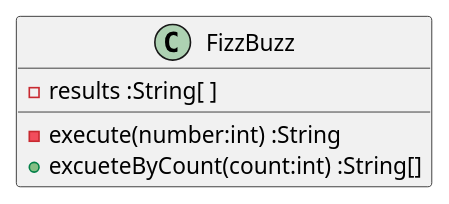
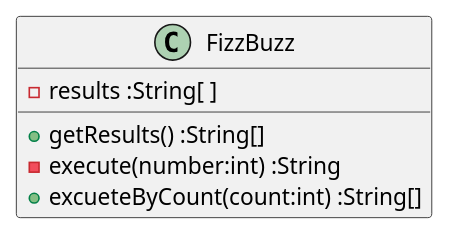
Before and after one commit to k2works/etude_for_java: the first of 2 diagrams in docs/src/fizzbuzz.md, drawn with PlantUML. The commit also changed other lines of this file and 6 other files, not shown here.

````diff
--- a/docs/src/fizzbuzz.md
+++ b/docs/src/fizzbuzz.md
@@ -29,9 +29,10 @@
 ```puml
 @startuml
 class FizzBuzz {
   -results :String[ ]
+  +getResults() :String[]
   -execute(number:int) :String
   +excueteByCount(count:int) :String[]
 }
 @enduml
 ```
````
